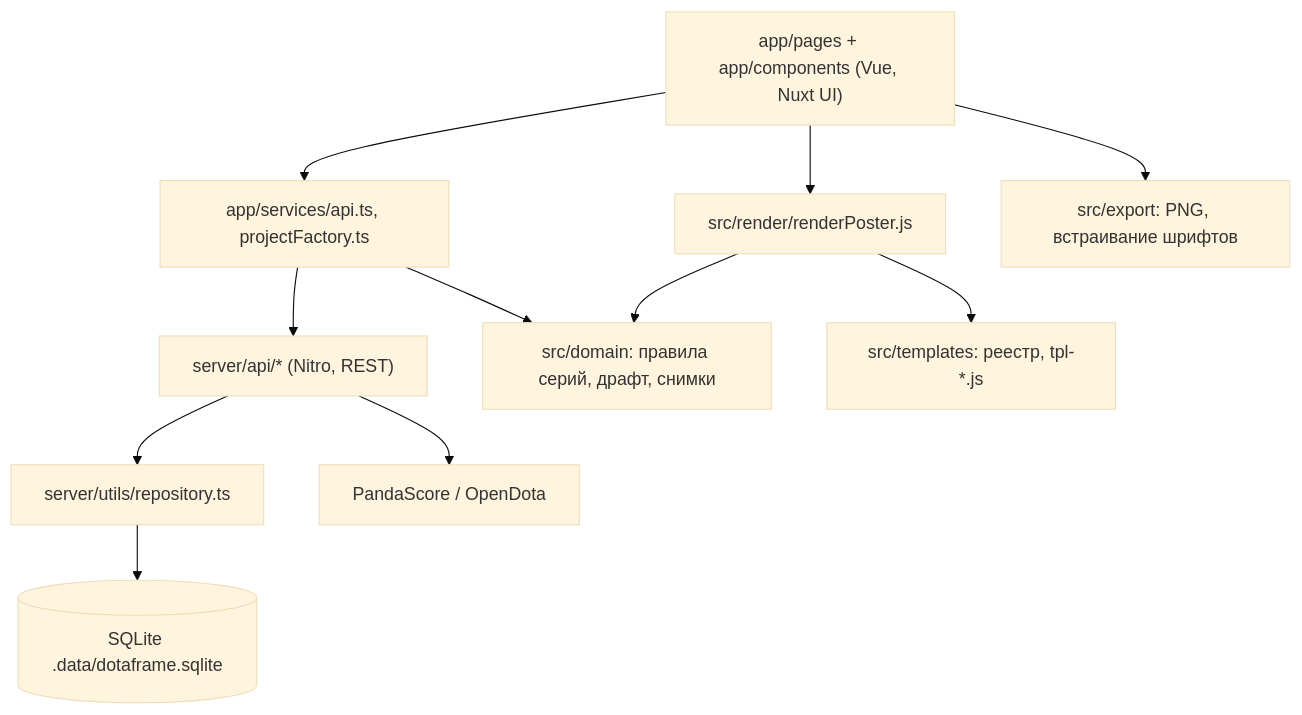
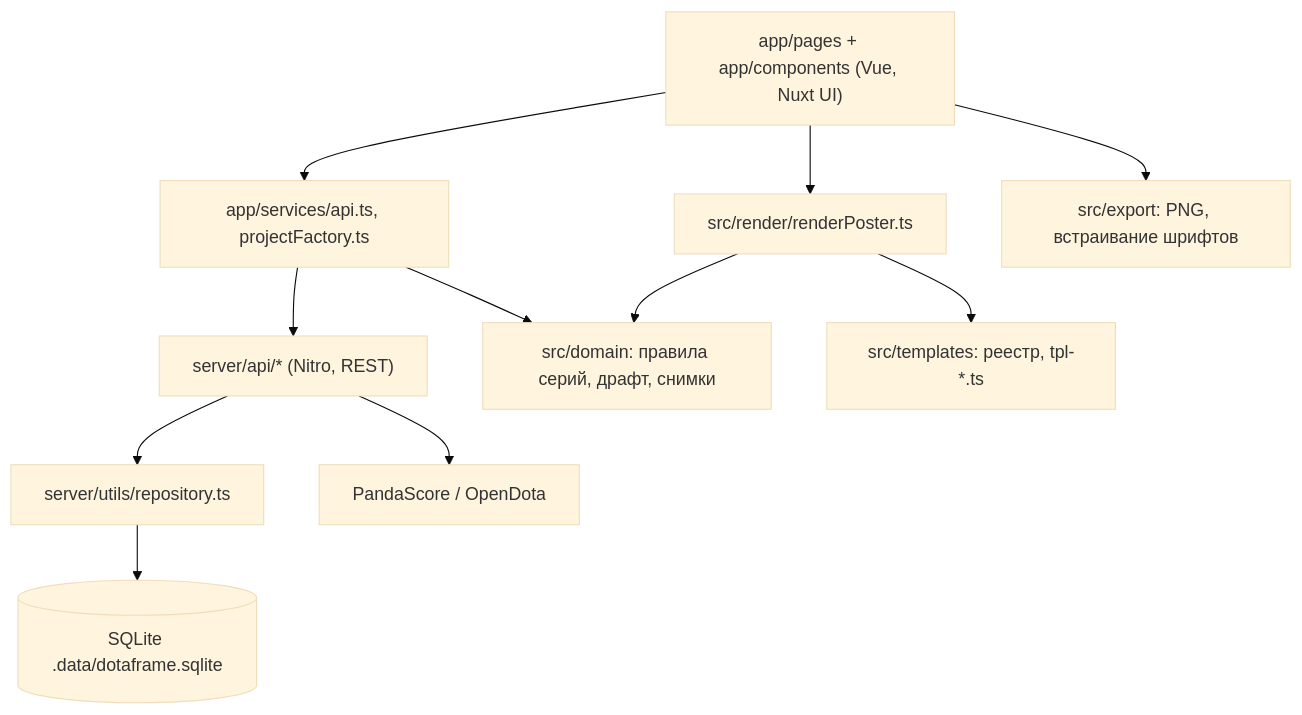
One commit to qroka/DotaFrame changed the diagram in docs/architecture/system-overview.md. Above: the diagram before and after it, drawn with Mermaid (base theme). The commit also changed other lines of this file and 2 other files, not shown here.

Commit message:
docs: reflect the TypeScript src/ and mark audit steps 1-8 done

````diff
--- a/docs/architecture/system-overview.md
+++ b/docs/architecture/system-overview.md
@@ -18,20 +18,20 @@
 ```mermaid
 flowchart TD
     UI["app/pages + app/components (Vue, Nuxt UI)"]
     SVC["app/services/api.ts, projectFactory.ts"]
     API["server/api/* (Nitro, REST)"]
     REPO["server/utils/repository.ts"]
     DB[("SQLite .data/dotaframe.sqlite")]
     DOM["src/domain: правила серий, драфт, снимки"]
-    TPL["src/templates: реестр, tpl-*.js"]
-    REN["src/render/renderPoster.js"]
+    TPL["src/templates: реестр, tpl-*.ts"]
+    REN["src/render/renderPoster.ts"]
     EXP["src/export: PNG, встраивание шрифтов"]
     EXT["PandaScore / OpenDota"]
     UI --> SVC --> API --> REPO --> DB
     API --> EXT
     SVC --> DOM
     UI --> REN
     REN --> TPL
     REN --> DOM
     UI --> EXP
 ```
````
